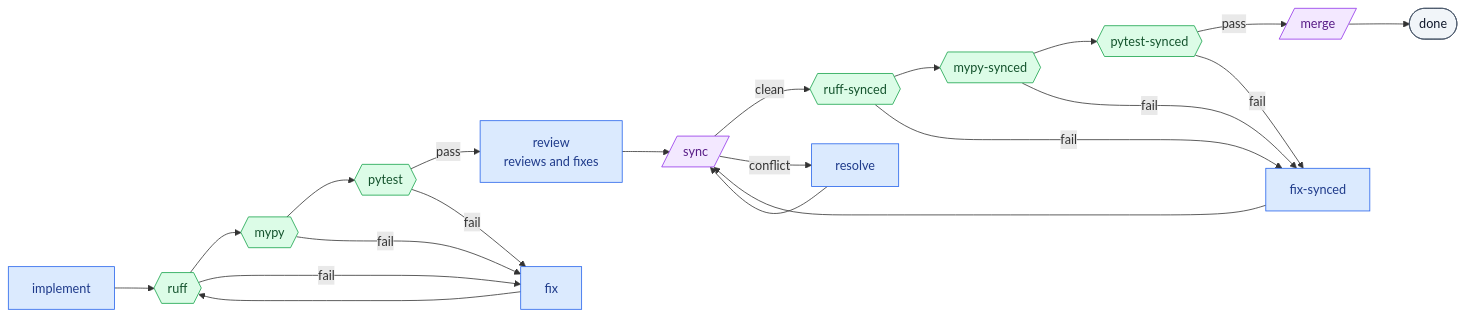
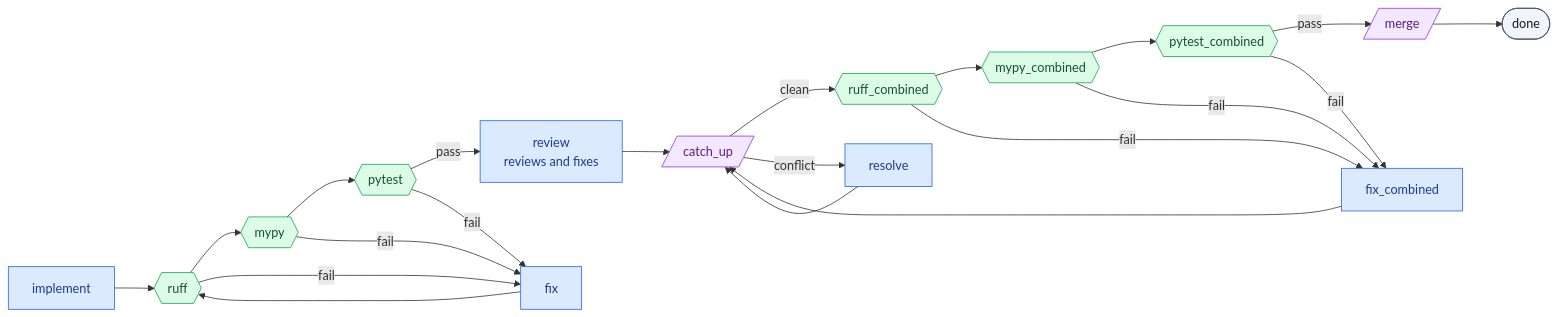
One commit to Zepp333333/factory changed the tenth of 10 diagrams in docs/guide/04-pipelines.md. Above: the diagram before and after it, drawn with Mermaid. The commit also changed other lines of this file and 54 other files, not shown here.

First line of the commit message:
Rename Operation sync to catch_up, the Gates after it to combined and Role ci_fixer to ci-fixer, and make factory check name the new names (#318)

````diff
--- a/docs/guide/04-pipelines.md
+++ b/docs/guide/04-pipelines.md
@@ -551,17 +563,17 @@
 ```mermaid
 flowchart LR
     implement["implement"]:::stage --> ruff{{"ruff"}}:::gate --> mypy{{"mypy"}}:::gate --> pytest{{"pytest"}}:::gate
     pytest -- pass --> review["review<br/>reviews and fixes"]:::stage
     ruff & mypy & pytest -- fail --> fix["fix"]:::stage
     fix --> ruff
-    review --> sync[/"sync"/]:::operation
-    sync -- clean --> ruffs{{"ruff-synced"}}:::gate --> mypys{{"mypy-synced"}}:::gate --> pytests{{"pytest-synced"}}:::gate
+    review --> catch_up[/"catch_up"/]:::operation
+    catch_up -- clean --> ruffs{{"ruff_combined"}}:::gate --> mypys{{"mypy_combined"}}:::gate --> pytests{{"pytest_combined"}}:::gate
     pytests -- pass --> merge[/"merge"/]:::operation --> done(["done"]):::terminal
-    ruffs & mypys & pytests -- fail --> fixs["fix-synced"]:::stage
-    fixs --> sync
-    sync -- conflict --> resolve["resolve"]:::stage --> sync
+    ruffs & mypys & pytests -- fail --> fixs["fix_combined"]:::stage
+    fixs --> catch_up
+    catch_up -- conflict --> resolve["resolve"]:::stage --> catch_up
     classDef stage fill:#dbeafe,stroke:#2563eb,color:#1e3a8a
     classDef gate fill:#dcfce7,stroke:#16a34a,color:#14532d
     classDef operation fill:#f3e8ff,stroke:#9333ea,color:#581c87
     classDef terminal fill:#f1f5f9,stroke:#475569,color:#0f172a
 ```
````
